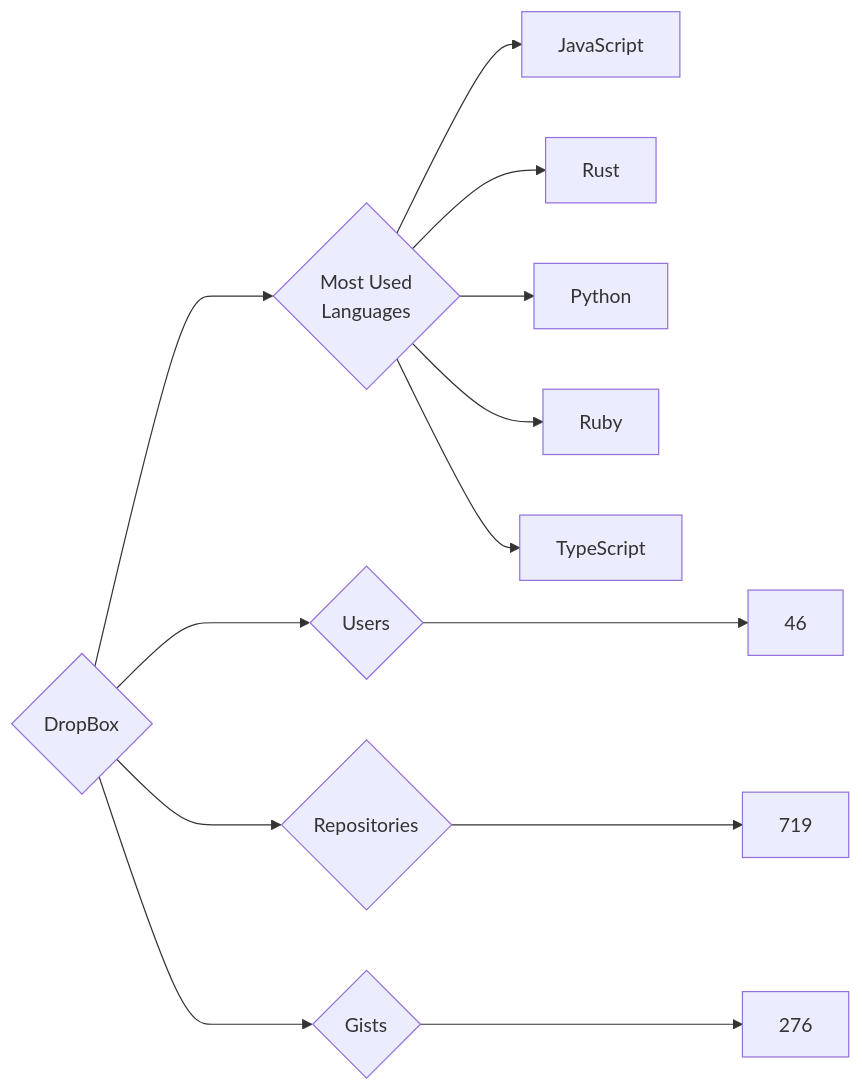
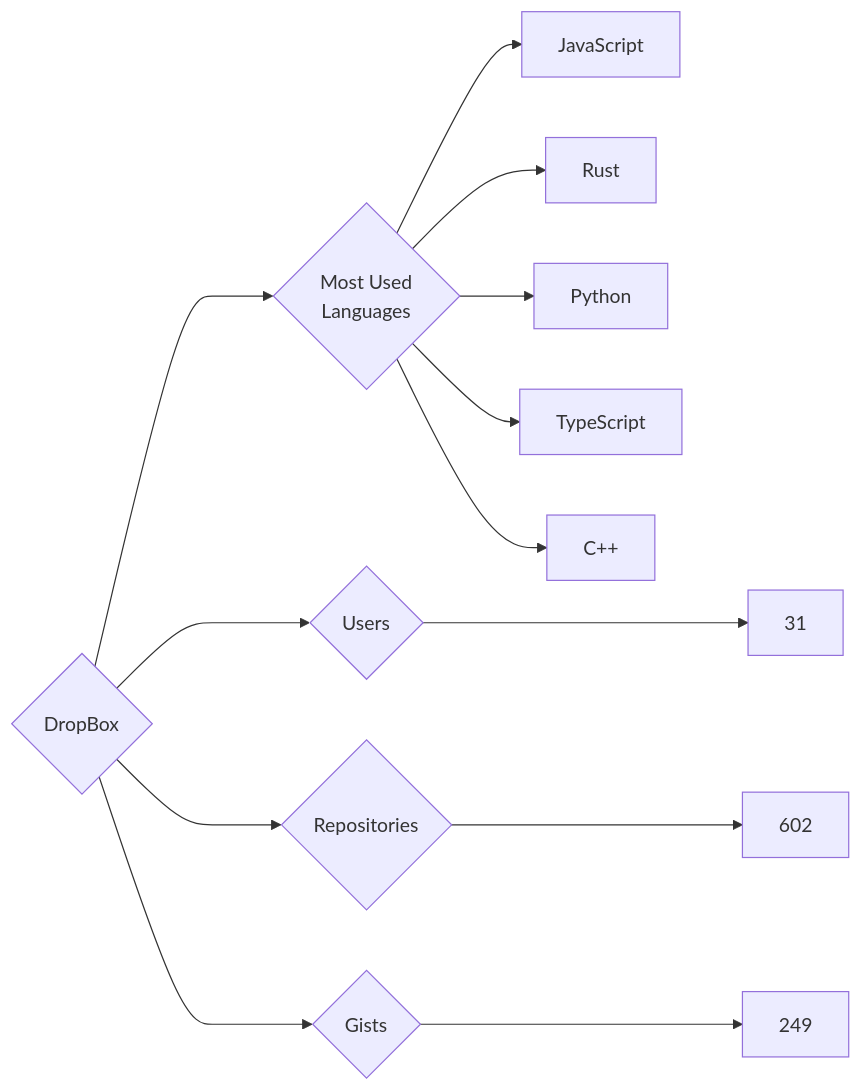
Before and after one commit to trickest/insiders: the diagram in targets/DropBox/README.md, drawn with Mermaid. The commit also changed 723 other files, not shown here.

````diff
--- a/targets/DropBox/README.md
+++ b/targets/DropBox/README.md
@@ -3,13 +3,13 @@
 ```mermaid
 graph LR
 COMPANY_NAME{DropBox}
-COMPANY_NAME ---> U{Users} ---> UN[46]
-COMPANY_NAME ---> R{Repositories} ---> RN[719]
-COMPANY_NAME ---> G{Gists} ---> GN[276]
+COMPANY_NAME ---> U{Users} ---> UN[31]
+COMPANY_NAME ---> R{Repositories} ---> RN[602]
+COMPANY_NAME ---> G{Gists} ---> GN[249]
 COMPANY_NAME ---> ML{Most Used<br>Languages}
 ML --> JavaScript[JavaScript]
 ML --> Rust[Rust]
 ML --> Python[Python]
-ML --> Ruby[Ruby]
 ML --> TypeScript[TypeScript]
+ML --> C++[C++]
 ```
````
